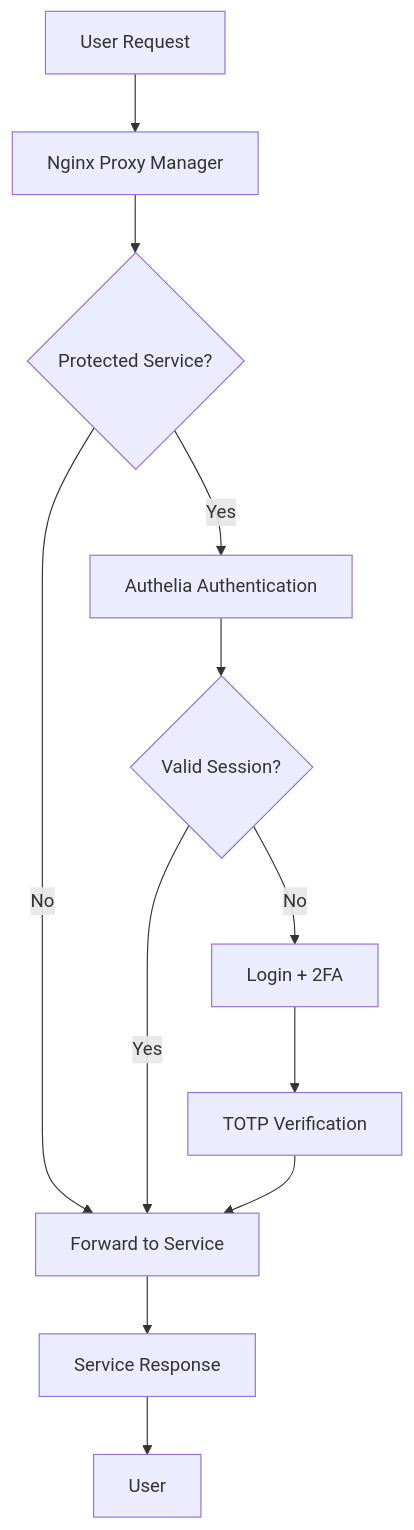
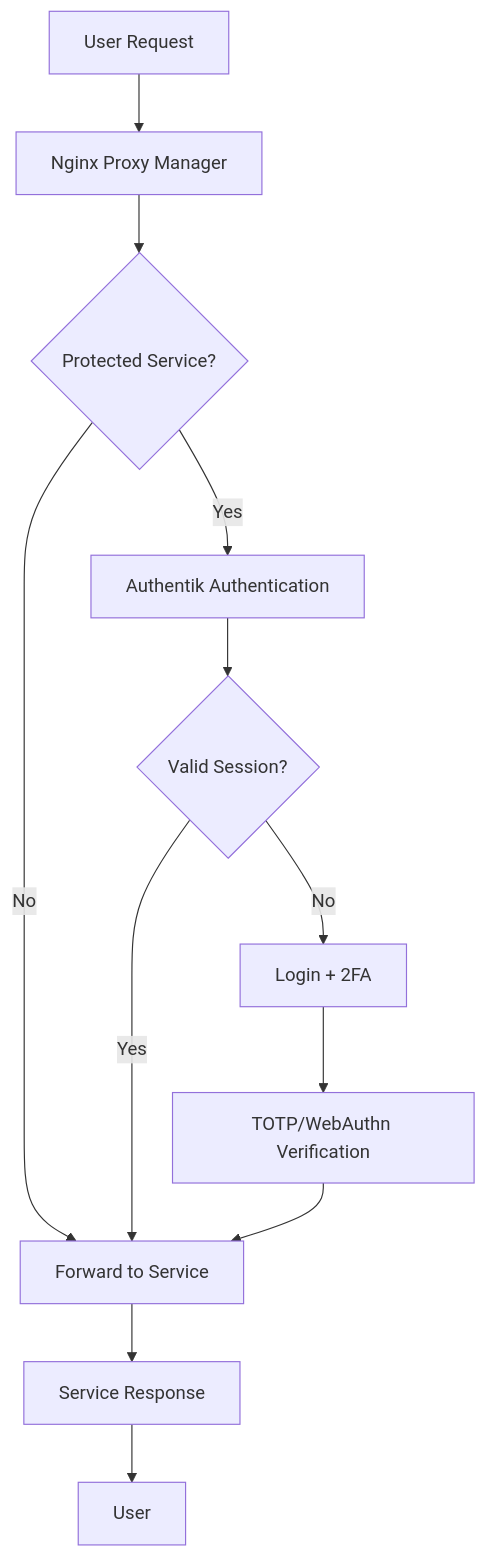
The diagram in content/blog/docker-series-part2.mdx (jay739/portfolio-site), drawn with Mermaid before and after one commit. The commit also changed other lines of this file and 267 other files, not shown here.

````diff
--- a/content/blog/docker-series-part2.mdx
+++ b/content/blog/docker-series-part2.mdx
@@ -197,14 +195,14 @@
 ```mermaid
 flowchart TD
     A[User Request] --> B[Nginx Proxy Manager]
     B --> C{Protected Service?}
-    C -->|Yes| D[Authelia Authentication]
+    C -->|Yes| D[Authentik Authentication]
     C -->|No| E[Direct to Service]
     D --> F{Valid Session?}
     F -->|No| G[Login + 2FA]
     F -->|Yes| E
-    G --> H[TOTP Verification]
+    G --> H[TOTP/WebAuthn Verification]
     H --> E[Forward to Service]
     E --> I[Service Response]
     I --> J[User]
 ```
````
